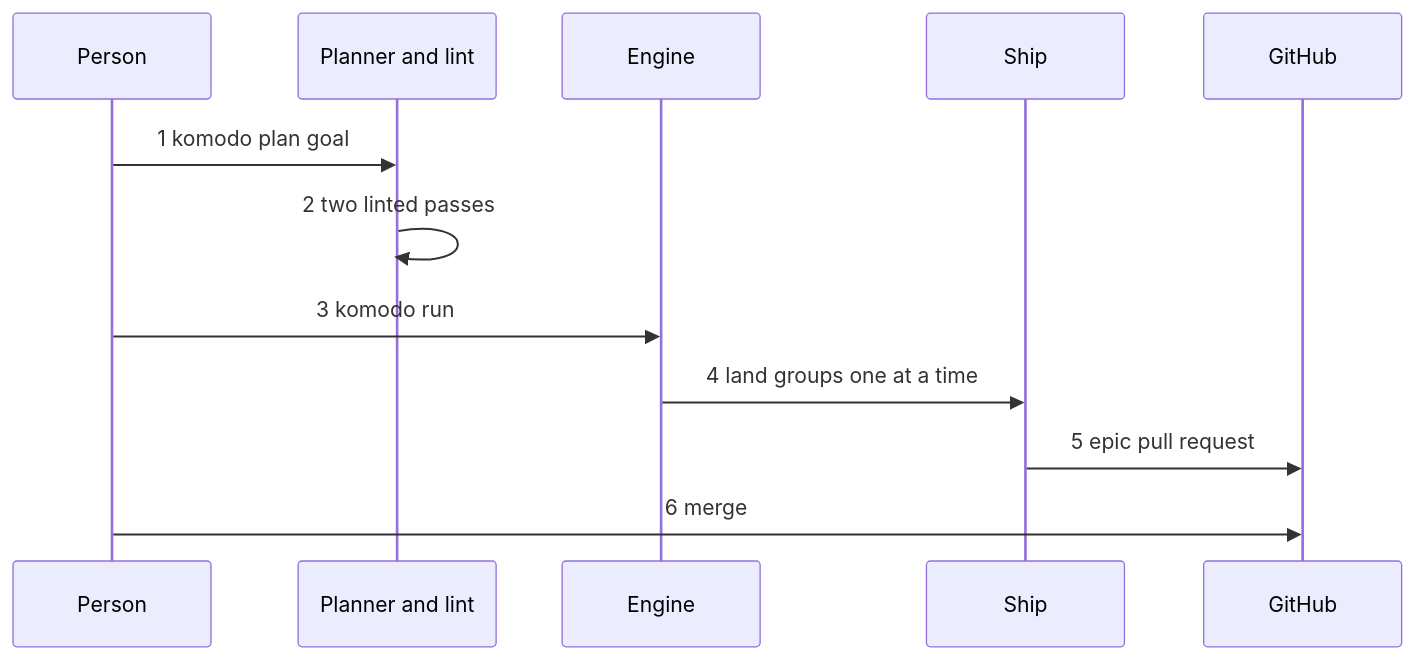
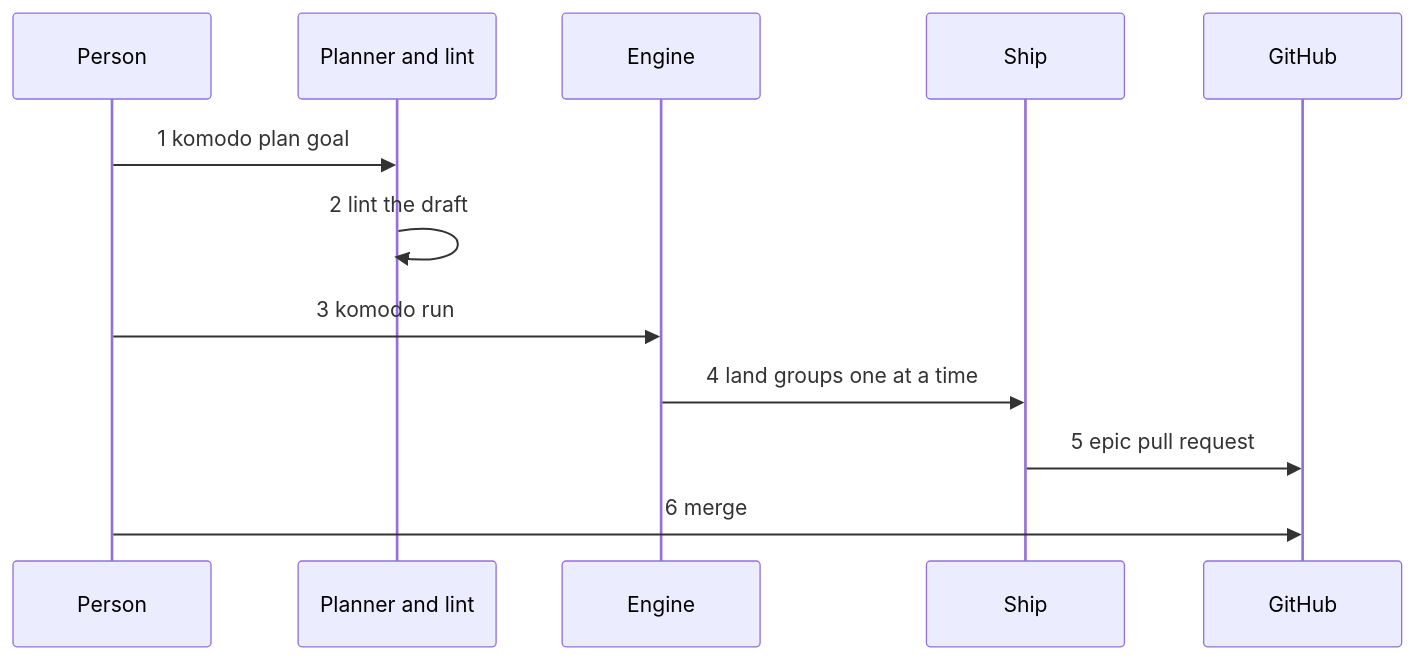
Diagram 28 of 45 in docs/hld.md (rdevitto86/komodo-agentic-harness-coding), drawn with Mermaid before and after one commit. The commit also changed other lines of this file, not shown here.

````diff
--- a/docs/hld.md
+++ b/docs/hld.md
@@ -1340,14 +1340,14 @@
 ```mermaid
 sequenceDiagram
   participant P as Person
   participant L as Planner and lint
   participant E as Engine
   participant S as Ship
   participant G as GitHub
   P->>L: 1 komodo plan goal
-  L->>L: 2 two linted passes
+  L->>L: 2 lint the draft
   P->>E: 3 komodo run
   E->>S: 4 land groups one at a time
   S->>G: 5 epic pull request
   P->>G: 6 merge
 ```
````
